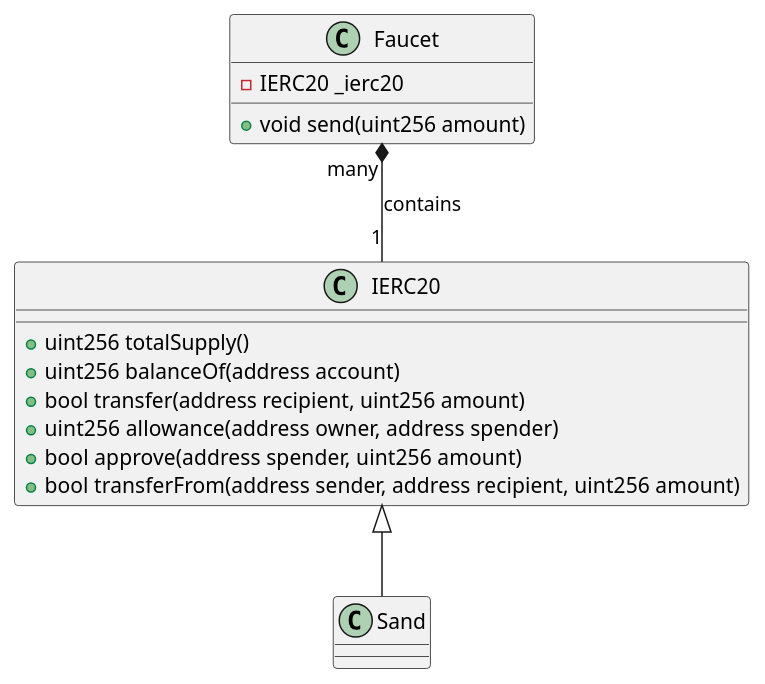
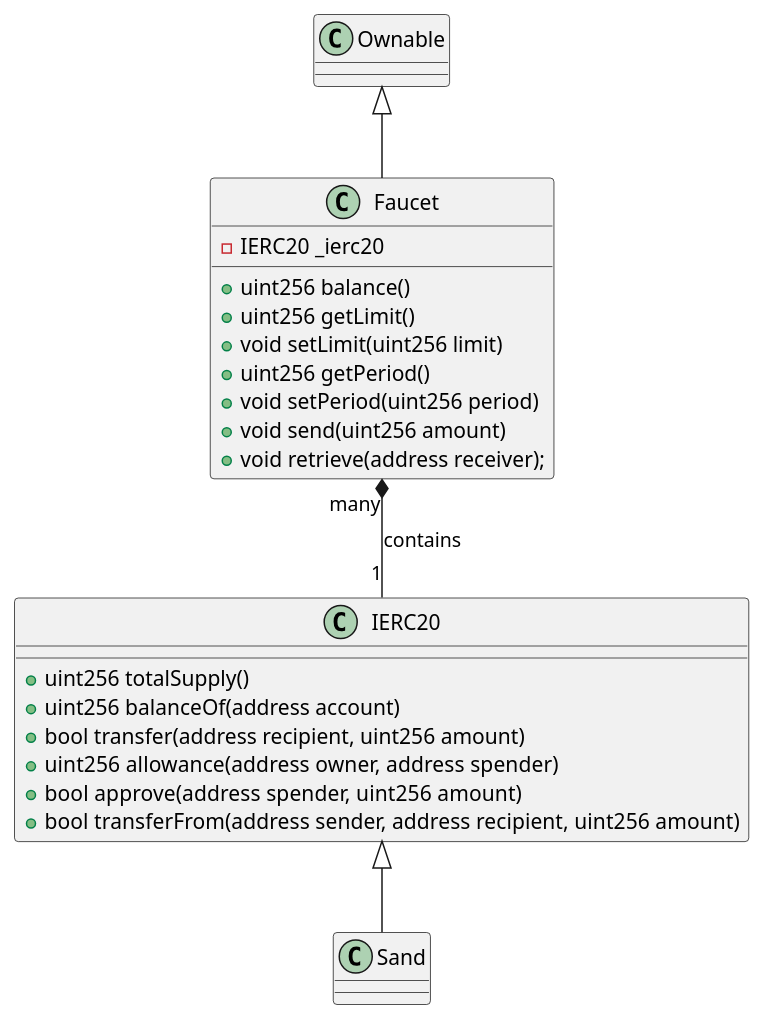
The first of 3 diagrams in docs/topics/faucet/Faucet.md (thesandboxgame/sandbox-smart-contracts), drawn with PlantUML before and after one commit. The commit also changed other lines of this file and 11 other files, not shown here.

````diff
--- a/docs/topics/faucet/Faucet.md
+++ b/docs/topics/faucet/Faucet.md
@@ -44,20 +44,30 @@
 ```plantuml
 @startuml
 IERC20 <|-- Sand
+Ownable <|-- Faucet
 Faucet "many" *-- "1" IERC20 : contains
 
 class Faucet {
   - IERC20 _ierc20
+  + uint256 balance()
+  + uint256 getLimit()
+  + void setLimit(uint256 limit)
+  + uint256 getPeriod()
+  + void setPeriod(uint256 period)
   + void send(uint256 amount)
+  + void retrieve(address receiver);
+}
+
+class Ownable {
 }
 
 class IERC20 {
   + uint256 totalSupply() 
   + uint256 balanceOf(address account)
   + bool transfer(address recipient, uint256 amount)
   + uint256 allowance(address owner, address spender)
   + bool approve(address spender, uint256 amount)
   + bool transferFrom(address sender, address recipient, uint256 amount)
 }
 @enduml
 ```
````
